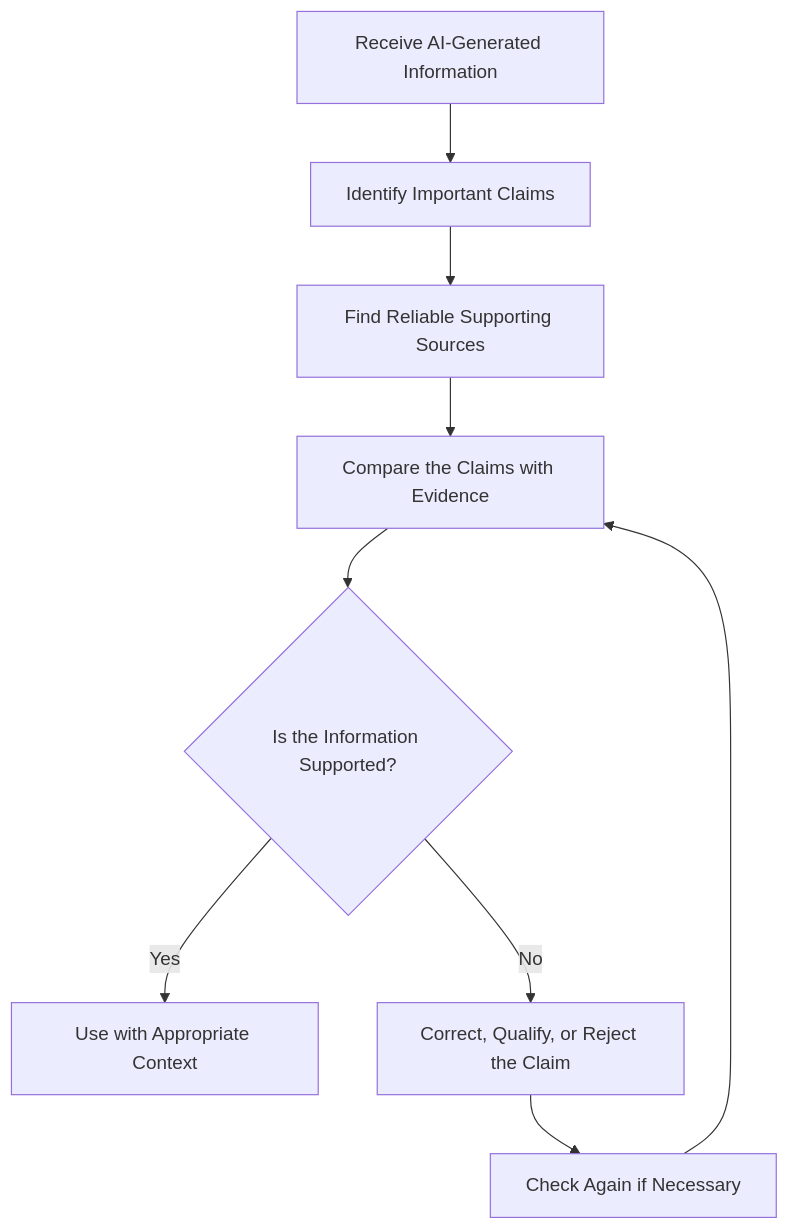
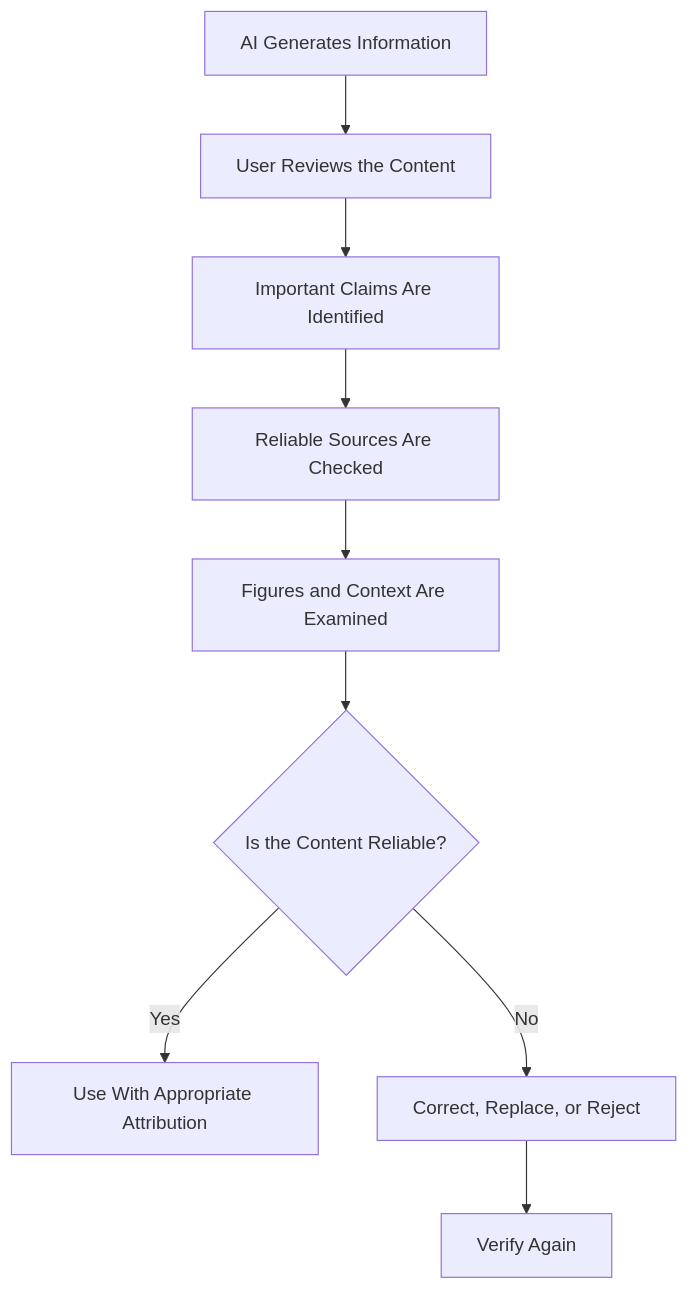
Before and after one commit to NicolausLionel/SLN: the fifth of 5 diagrams in content/04_benefits-limitations-challenges.md, drawn with Mermaid. The commit also changed other lines of this file, not shown here.

````diff
--- a/content/04_benefits-limitations-challenges.md
+++ b/content/04_benefits-limitations-challenges.md
@@ -1127,11 +640,11 @@
 ```mermaid
 flowchart TD
-    A["Receive AI-Generated Information"] --> B["Identify Important Claims"]
-    B --> C["Find Reliable Supporting Sources"]
-    C --> D["Compare the Claims with Evidence"]
-    D --> E{"Is the Information Supported?"}
-    E -->|Yes| F["Use with Appropriate Context"]
-    E -->|No| G["Correct, Qualify, or Reject the Claim"]
-    G --> H["Check Again if Necessary"]
-    H --> D
+    A[AI Generates Information] --> B[User Reviews the Content]
+    B --> C[Important Claims Are Identified]
+    C --> D[Reliable Sources Are Checked]
+    D --> E[Figures and Context Are Examined]
+    E --> F{Is the Content Reliable?}
+    F -->|Yes| G[Use With Appropriate Attribution]
+    F -->|No| H[Correct, Replace, or Reject]
+    H --> I[Verify Again]
 ```
````
